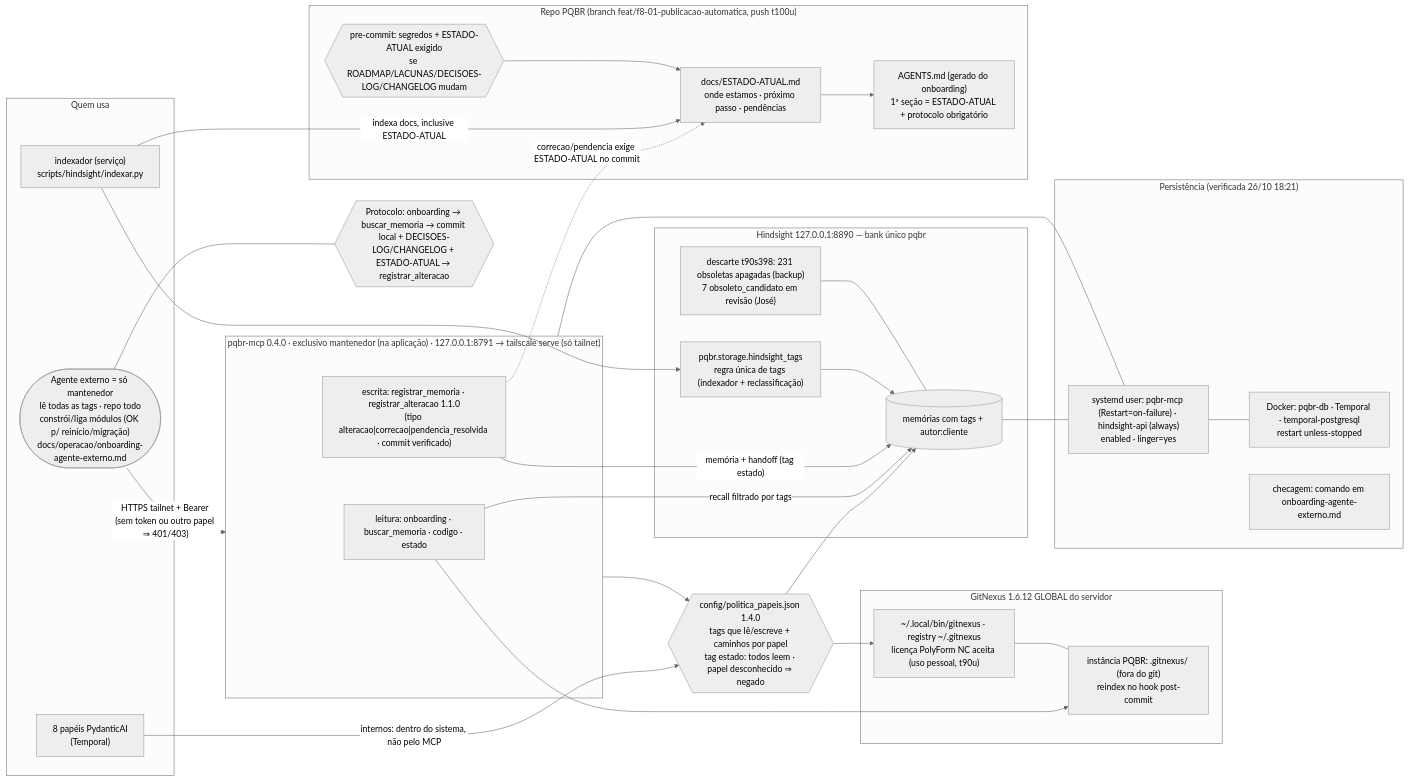
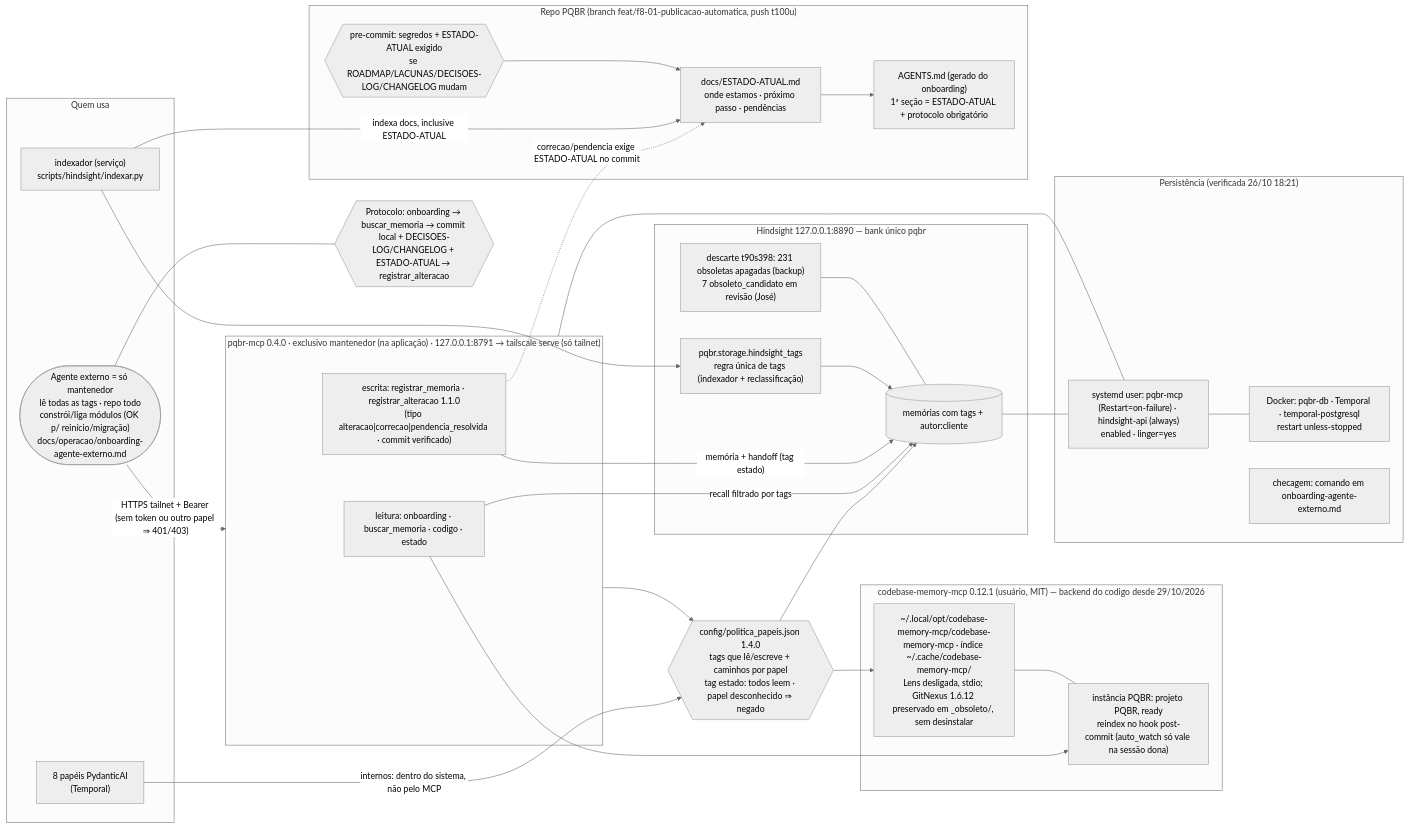
One commit to jvmendesjr/PQBR changed the diagram in docs/mapa/13-memoria-mcp-handoff.mmd. Above: the diagram before and after it, drawn with Mermaid (neutral theme). The commit also changed 26 other files, not shown here.

First line of the commit message:
migracao(t-cbm): GitNexus 1.6.12 -> codebase-memory-mcp 0.12.1 (backend codigo, politica 1.6.0, ADR-012)

```diff
--- a/docs/mapa/13-memoria-mcp-handoff.mmd
+++ b/docs/mapa/13-memoria-mcp-handoff.mmd
@@ -1,50 +1,50 @@
 %% Memória, MCP e handoff (t84u–t116u, 26/10/2026). Decisões em DECISOES-LOG; detalhes em ARQUITETURA §12 e docs/ESTADO-ATUAL.md.
 flowchart LR
   subgraph AG["Quem usa"]
     PAP["8 papéis PydanticAI<br/>(Temporal)"]
     EXT(["Agente externo = só mantenedor<br/>lê todas as tags · repo todo<br/>constrói/liga módulos (OK p/ reinício/migração)<br/>docs/operacao/onboarding-agente-externo.md"])
     IDX["indexador (serviço)<br/>scripts/hindsight/indexar.py"]
   end
   POL{{"config/politica_papeis.json 1.4.0<br/>tags que lê/escreve + caminhos por papel<br/>tag estado: todos leem · papel desconhecido ⇒ negado"}}
   subgraph MEM["Hindsight 127.0.0.1:8890 — bank único pqbr"]
     TAGS["pqbr.storage.hindsight_tags<br/>regra única de tags (indexador + reclassificação)"]
     HS[("memórias com tags + autor:cliente")]
     OBS["descarte t90s398: 231 obsoletas apagadas (backup)<br/>7 obsoleto_candidato em revisão (José)"]
   end
-  subgraph GN["GitNexus 1.6.12 GLOBAL do servidor"]
-    GNX["~/.local/bin/gitnexus · registry ~/.gitnexus<br/>licença PolyForm NC aceita (uso pessoal, t90u)"]
-    IDXG["instância PQBR: .gitnexus/ (fora do git)<br/>reindex no hook post-commit"]
+  subgraph GN["codebase-memory-mcp 0.12.1 (usuário, MIT) — backend do codigo desde 29/10/2026"]
+    GNX["~/.local/opt/codebase-memory-mcp/codebase-memory-mcp · índice ~/.cache/codebase-memory-mcp/<br/>Lens desligada, stdio; GitNexus 1.6.12 preservado em _obsoleto/, sem desinstalar"]
+    IDXG["instância PQBR: projeto PQBR, ready<br/>reindex no hook post-commit (auto_watch só vale na sessão dona)"]
   end
   subgraph MCPS["pqbr-mcp 0.4.0 · exclusivo mantenedor (na aplicação) · 127.0.0.1:8791 → tailscale serve (só tailnet)"]
     LEI["leitura: onboarding · buscar_memoria · codigo · estado"]
     ESC["escrita: registrar_memoria · registrar_alteracao 1.1.0<br/>(tipo alteracao|correcao|pendencia_resolvida · commit verificado)"]
   end
   subgraph REPO["Repo PQBR (branch feat/f8-01-publicacao-automatica, push t100u)"]
     EST["docs/ESTADO-ATUAL.md<br/>onde estamos · próximo passo · pendências"]
     AGM["AGENTS.md (gerado do onboarding)<br/>1ª seção = ESTADO-ATUAL + protocolo obrigatório"]
     HK{{"pre-commit: segredos + ESTADO-ATUAL exigido<br/>se ROADMAP/LACUNAS/DECISOES-LOG/CHANGELOG mudam"}}
   end
   EXT -->|"HTTPS tailnet + Bearer (sem token ou outro papel ⇒ 401/403)"| MCPS
   MCPS --> POL
   PAP -->|"internos: dentro do sistema, não pelo MCP"| POL
   POL --> HS & GNX
   LEI -->|"recall filtrado por tags"| HS
   LEI --> IDXG
   ESC -->|"memória + handoff (tag estado)"| HS
   ESC -. "correcao/pendencia exige ESTADO-ATUAL no commit" .-> EST
   IDX --> TAGS --> HS
   IDX -->|"indexa docs, inclusive ESTADO-ATUAL"| EST
   EST --> AGM
   HK --> EST
   OBS --- HS
   GNX --- IDXG
   subgraph PERS["Persistência (verificada 26/10 18:21)"]
     UN["systemd user: pqbr-mcp (Restart=on-failure) · hindsight-api (always)<br/>enabled · linger=yes"]
     CT["Docker: pqbr-db · Temporal · temporal-postgresql<br/>restart unless-stopped"]
     CHK["checagem: comando em onboarding-agente-externo.md"]
   end
   MCPS --- UN
   HS --- UN
   UN --- CT
   P{{"Protocolo: onboarding → buscar_memoria → commit local + DECISOES-LOG/CHANGELOG + ESTADO-ATUAL → registrar_alteracao"}}
   EXT --- P
```
